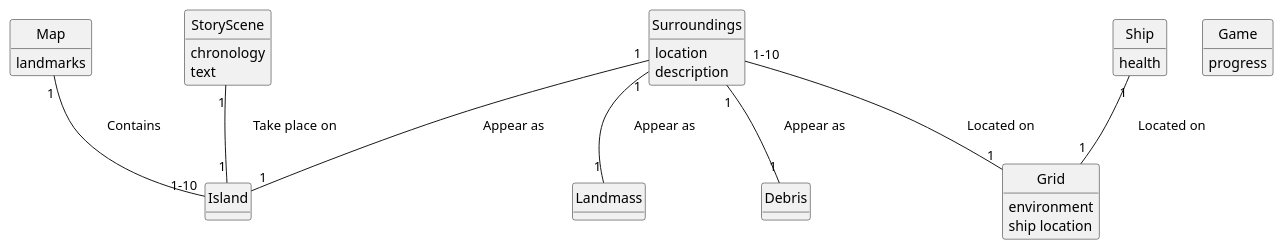
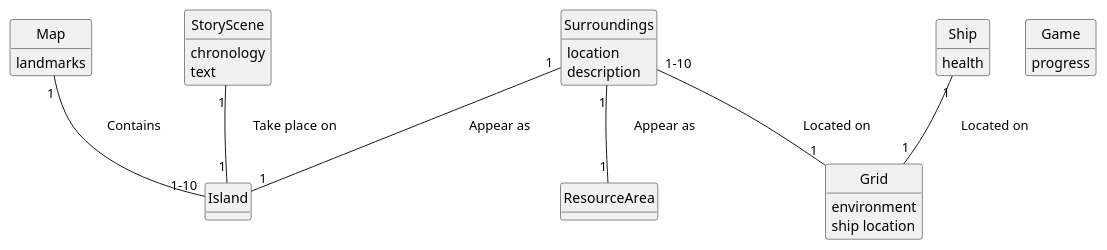
One commit to emutchek/MaraudersAtSea changed the diagram in CMPU_203_PirateGame/doc/domain_model.md. Above: the diagram before and after it, drawn with PlantUML. The commit also changed 1 other file, not shown here.

Commit message:
edited design class

````diff
--- a/CMPU_203_PirateGame/doc/domain_model.md
+++ b/CMPU_203_PirateGame/doc/domain_model.md
@@ -1,41 +1,39 @@
 ```PlantUML
 @startuml
 hide circle
 hide empty methods
 ' classes
 class Map{
 landmarks
 }
 class Surroundings{
 location
 description
 }
 class Grid {
 environment
 ship location
 }
 class Ship {
 health
 }
 class StoryScene {
 chronology
 text
 }
 class Game {
 progress
 }
 class Island {}
-class Debris {}
-class Landmass {}
+class ResourceArea{}
 
 ' associations
 Surroundings "1-10" -- "1" Grid : \tLocated on \t\t
-Surroundings "1" -- "1" Landmass : \tAppear as \t\t
-Surroundings "1" -- "1" Debris : \tAppear as \t\t
+Surroundings "1" -- "1" ResourceArea : \tAppear as \t\t
 Surroundings "1" -- "1" Island : \tAppear as \t\t
 Ship "1" -- "1" Grid : \tLocated on \t\t
 StoryScene "1" -- "1" Island : \tTake place on \t\t
 Map "1" -- "1-10" Island : \tContains \t\t
 
 @enduml
 ```
````
